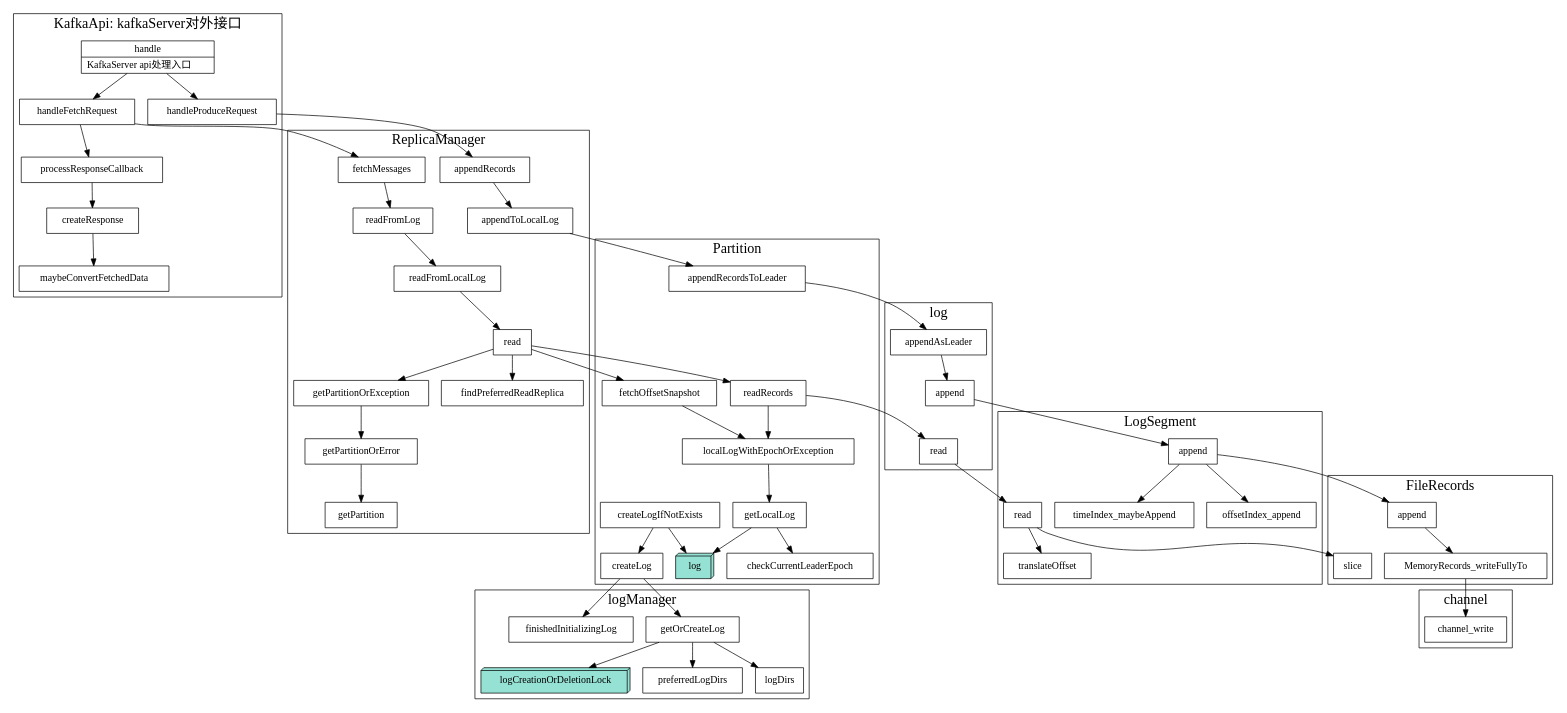
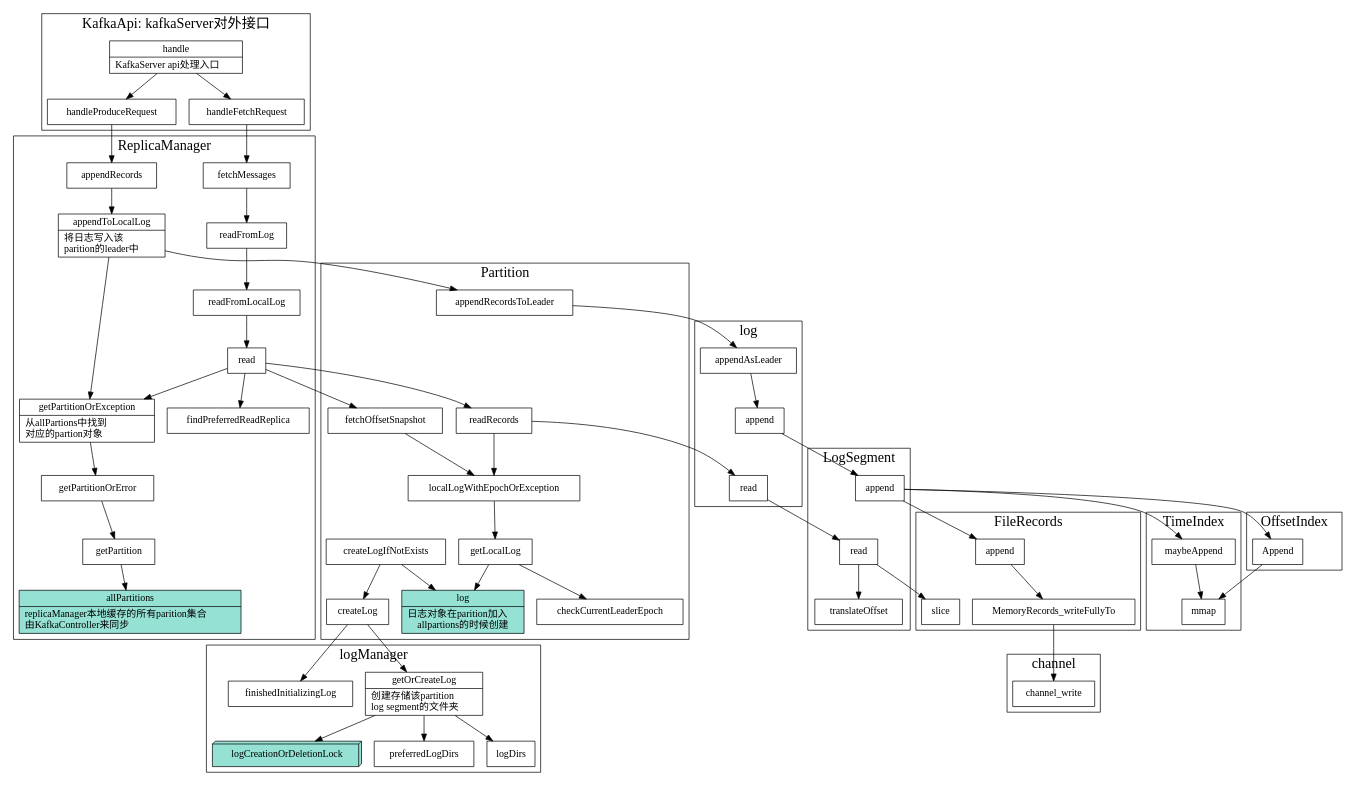
The diagram in src/kafka/kafkaServer.dot (xieyu/blog), drawn with Graphviz before and after one commit. The commit also changed 5 other files, not shown here.

```diff
--- a/src/kafka/kafkaServer.dot
+++ b/src/kafka/kafkaServer.dot
@@ -1,122 +1,166 @@
 digraph kafkaServer {
   node[shape=box];
   newrank=true;
   rankdir=TD;
   subgraph cluster_channel {
     graph[label="channel";fontsize=20;];
     channel_write;
   }
 
   subgraph cluster_FileRecords {
     graph[label="FileRecords";fontsize=20;];
     FileRecords_append[label="append"];
     FileRecords_slice[label="slice"];
     FileRecords_append -> MemoryRecords_writeFullyTo -> channel_write;
+  }
+
+  subgraph cluster_TimeIndex {
+    graph[label="TimeIndex";fontsize=20;];
+    timeIndex_maybeAppend[label="maybeAppend"];
+    timeIndex_maybeAppend -> mmap;
+  }
+  subgraph cluster_OffsetIndex {
+    graph[label="OffsetIndex";fontsize=20;];
+    offsetIndex_append[label="Append"];
+    offsetIndex_append -> mmap;
   }
   subgraph cluster_Segment {
     graph[label="LogSegment";fontsize=20;];
     segment_append[shape="record";
       label="{{
         append
       }}";
     ];
     segment_append -> {
       FileRecords_append;
       timeIndex_maybeAppend;
       offsetIndex_append;
     }
     segment_read[label="read"];
     segment_read -> {
       FileRecords_slice;
       translateOffset;
     }
   }
 
   subgraph cluster_log {
     graph[label="log";fontsize=20;];
     appendAsLeader -> append -> segment_append; 
     localLog_read[label="read"];
     localLog_read -> segment_read;
   }
 
   subgraph cluster_logManager {
     graph[label="logManager";fontsize=20;];
     logCreationOrDeletionLock[
       fillcolor="#95e1d3"
       style=filled;
       shape=box3d;
       label="logCreationOrDeletionLock"
     ];
+    getOrCreateLog[shape="record";
+      label="{
+        getOrCreateLog|
+          创建存储该partition\l 
+          log segment的文件夹\l
+      }";
+    ];
 
     getOrCreateLog -> {
       logCreationOrDeletionLock;
       preferredLogDirs;
       logDirs;
     };
     finishedInitializingLog;
   }
 
   subgraph cluster_Partition {
     graph[label="Partition";fontsize=20;];
     appendRecordsToLeader -> appendAsLeader;
     partition_readRecords[label="readRecords"];
     partition_readRecords -> {
       localLog_read;
       localLogWithEpochOrException;
     }
     fetchOffsetSnapshot -> localLogWithEpochOrException -> getLocalLog -> checkCurrentLeaderEpoch;
     getLocalLog -> log;
-    log[
+    log[shape="record";
       fillcolor="#95e1d3"
       style=filled;
-      shape=box3d;
-      label="log"
+      label="{
+        log|
+        日志对象在parition加入\l 
+        allpartions的时候创建
+      }";
     ];
     //创建日志
     createLogIfNotExists -> {
       createLog;
       log;
     };
     createLog -> {
       getOrCreateLog;
       finishedInitializingLog;
     }
   }
 
   subgraph cluster_ReplicaManager {
     graph[label="ReplicaManager";fontsize=20;];
+    appendToLocalLog[shape="record";
+      label="{
+        appendToLocalLog|
+          将日志写入该\l 
+          parition的leader中\l
+      }";
+    ];
     fetchMessages -> readFromLog -> readFromLocalLog -> read -> partition_readRecords;
-    appendRecords -> appendToLocalLog -> appendRecordsToLeader;
+    appendRecords -> appendToLocalLog -> {
+      appendRecordsToLeader;
+      getPartitionOrException;
+    };
     read -> {
       getPartitionOrException;
       findPreferredReadReplica;
       fetchOffsetSnapshot;
     }
-    getPartitionOrException -> getPartitionOrError -> getPartition;
-
+    getPartitionOrException[shape="record";
+      label="{
+        getPartitionOrException|
+          从allPartions中找到\l 
+          对应的partion对象\l
+      }";
+    ];
+    getPartitionOrException -> getPartitionOrError -> getPartition->allPartitions;
+    allPartitions[shape="record";
+      fillcolor="#95e1d3"
+      style=filled;
+      label="{
+        allPartitions|
+          replicaManager本地缓存的所有parition集合\l 
+          由KafkaController来同步\l
+      }";
+    ];
   }
 
   subgraph cluster_KafkaApi {
     graph[label="KafkaApi: kafkaServer对外接口";fontsize=20;];
     handle[shape="record";
       label="{
         handle|
           KafkaServer api处理入口\l
       }";
     ];
     handle -> {
       handleProduceRequest;
       handleFetchRequest;
     }
 
     handleFetchRequest -> {
       fetchMessages;
-      processResponseCallback;
     }
-    processResponseCallback -> createResponse -> maybeConvertFetchedData;
     handleProduceRequest -> {
       appendRecords;
     }
   }
 
 }
```
